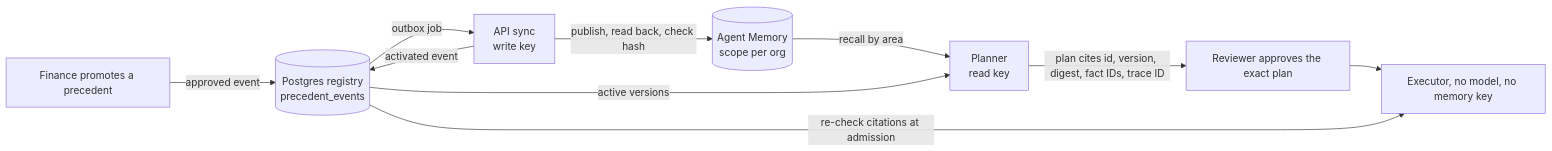
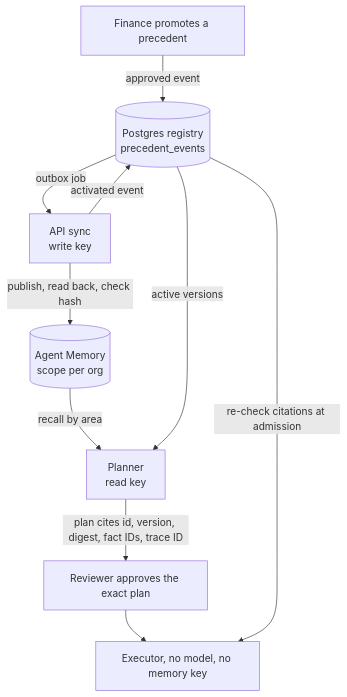
One commit to SoroushRF/Rehearsal changed the diagram in docs/surrealdb-writeup.md. Above: the diagram before and after it, drawn with Mermaid. The commit also changed other lines of this file and 8 other files, not shown here.

First line of the commit message:
docs: render the Agent Memory diagram to PNG and SVG

````diff
--- a/docs/surrealdb-writeup.md
+++ b/docs/surrealdb-writeup.md
@@ -17,12 +17,12 @@
 ```mermaid
-flowchart LR
+flowchart TB
   F[Finance promotes a precedent] -->|approved event| PG[(Postgres registry<br/>precedent_events)]
   PG -->|outbox job| API[API sync<br/>write key]
   API -->|publish, read back, check hash| AM[(Agent Memory<br/>scope per org)]
   API -->|activated event| PG
   AM -->|recall by area| P[Planner<br/>read key]
   PG -->|active versions| P
   P -->|plan cites id, version, digest, fact IDs, trace ID| R[Reviewer approves the exact plan]
   R --> E[Executor, no model, no memory key]
   PG -->|re-check citations at admission| E
 ```
````
